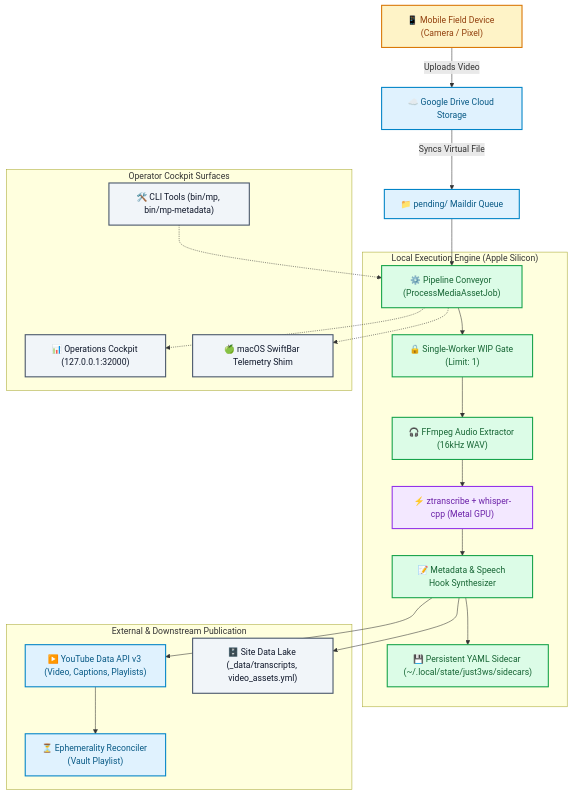
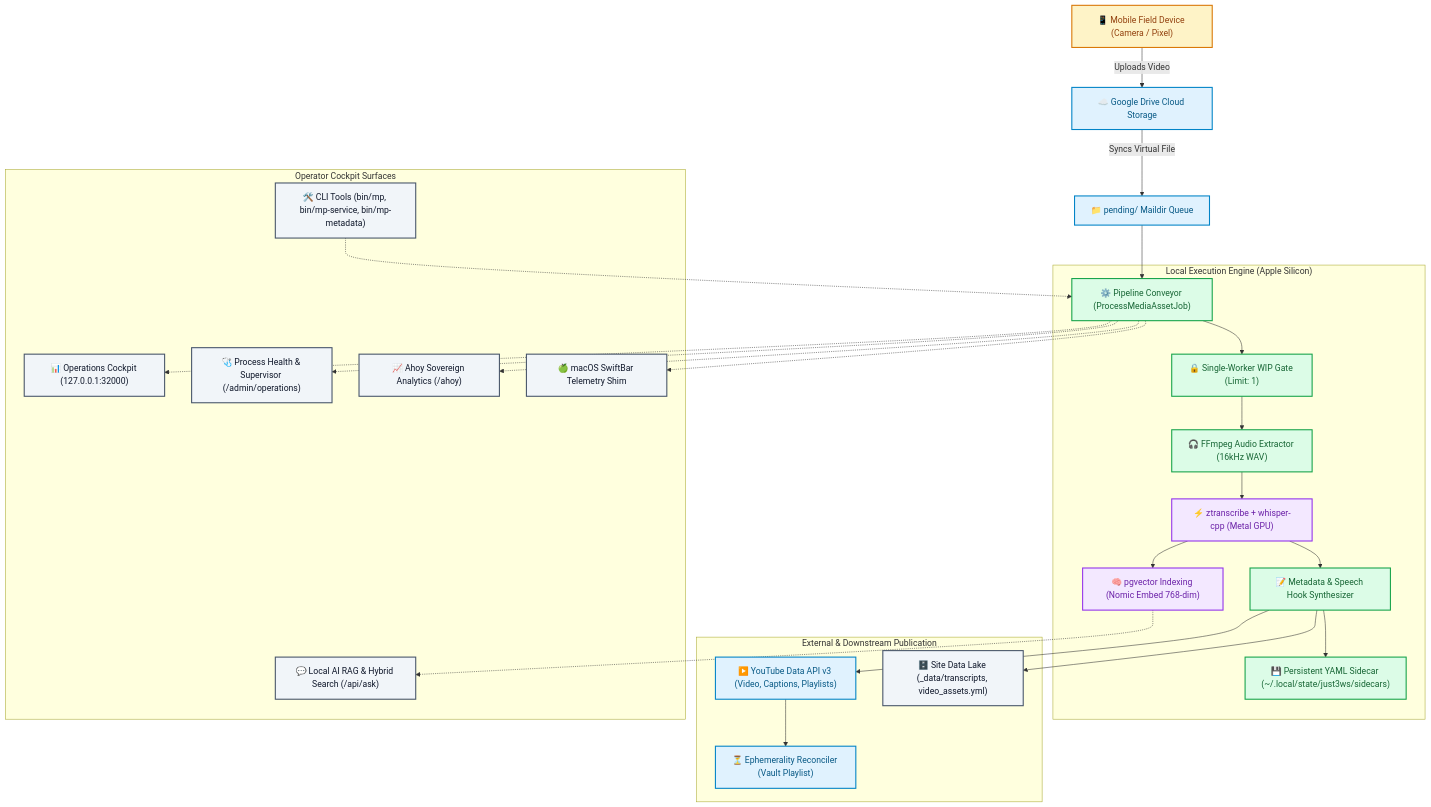
Before and after one commit to just3ws/just3ws.github.io: the diagram in docs/architecture/media-pipeline-purpose-specification.md, drawn with Mermaid. The commit also changed other lines of this file and 9 other files, not shown here.

````diff
--- a/docs/architecture/media-pipeline-purpose-specification.md
+++ b/docs/architecture/media-pipeline-purpose-specification.md
@@ -66,47 +78,55 @@
 ```mermaid
 graph TD
     classDef mobile fill:#fef3c7,stroke:#d97706,stroke-width:2px,color:#92400e;
     classDef cloud fill:#e0f2fe,stroke:#0284c7,stroke-width:2px,color:#075985;
     classDef engine fill:#dcfce7,stroke:#16a34a,stroke-width:2px,color:#166534;
     classDef zdots fill:#f3e8ff,stroke:#9333ea,stroke-width:2px,color:#6b21a8;
     classDef ui fill:#f1f5f9,stroke:#475569,stroke-width:2px,color:#0f172a;
 
     Mobile["📱 Mobile Field Device (Camera / Pixel)"]:::mobile -->|Uploads Video| GDrive["☁️ Google Drive Cloud Storage"]:::cloud
     GDrive -->|Syncs Virtual File| Ingress["📁 pending/ Maildir Queue"]:::cloud
 
     subgraph "Local Execution Engine (Apple Silicon)"
         Conveyor["⚙️ Pipeline Conveyor (ProcessMediaAssetJob)"]:::engine
         LockGuard["🔒 Single-Worker WIP Gate (Limit: 1)"]:::engine
         DSP["🎧 FFmpeg Audio Extractor (16kHz WAV)"]:::engine
         STT["⚡ ztranscribe + whisper-cpp (Metal GPU)"]:::zdots
         Synthesizer["📝 Metadata & Speech Hook Synthesizer"]:::engine
         SidecarExport["💾 Persistent YAML Sidecar (~/.local/state/just3ws/sidecars)"]:::engine
+        VectorIndexing["🧠 pgvector Indexing (Nomic Embed 768-dim)"]:::zdots
     end
 
     Ingress --> Conveyor
     Conveyor --> LockGuard
     LockGuard --> DSP
     DSP --> STT
     STT --> Synthesizer
     Synthesizer --> SidecarExport
+    STT --> VectorIndexing
 
     subgraph "External & Downstream Publication"
         YouTube["▶️ YouTube Data API v3 (Video, Captions, Playlists)"]:::cloud
         SiteLake["🗄️ Site Data Lake (_data/transcripts, video_assets.yml)"]:::ui
         Ephemerality["⏳ Ephemerality Reconciler (Vault Playlist)"]:::cloud
     end
 
     Synthesizer --> YouTube
     Synthesizer --> SiteLake
     YouTube --> Ephemerality
 
     subgraph "Operator Cockpit Surfaces"
         Cockpit["📊 Operations Cockpit (127.0.0.1:32000)"]:::ui
+        OpsAdmin["🩺 Process Health & Supervisor (/admin/operations)"]:::ui
+        AnalyticsDeck["📈 Ahoy Sovereign Analytics (/ahoy)"]:::ui
+        LocalRAG["💬 Local AI RAG & Hybrid Search (/api/ask)"]:::ui
         SwiftBar["🍏 macOS SwiftBar Telemetry Shim"]:::ui
-        CLI["🛠️ CLI Tools (bin/mp, bin/mp-metadata)"]:::ui
+        CLI["🛠️ CLI Tools (bin/mp, bin/mp-service, bin/mp-metadata)"]:::ui
     end
 
     Conveyor -.-> Cockpit
     Conveyor -.-> SwiftBar
+    Conveyor -.-> OpsAdmin
+    Conveyor -.-> AnalyticsDeck
+    VectorIndexing -.-> LocalRAG
     CLI -.-> Conveyor
 ```
````
